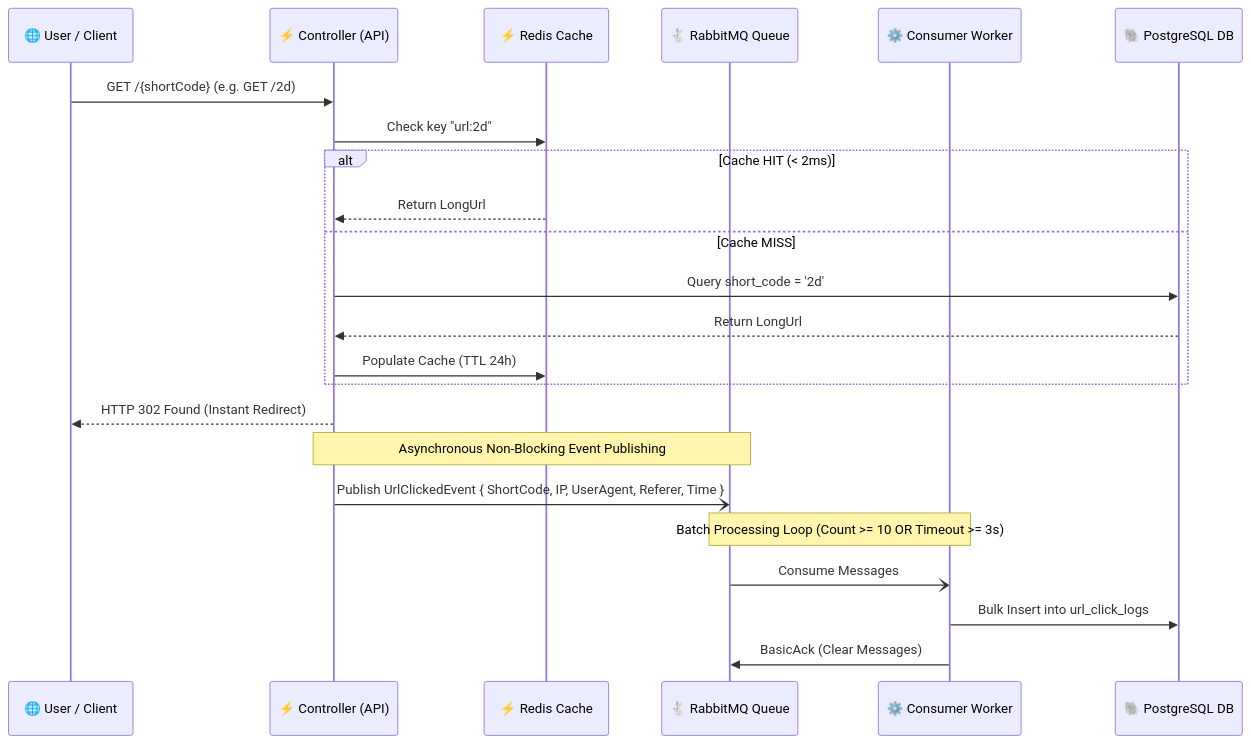
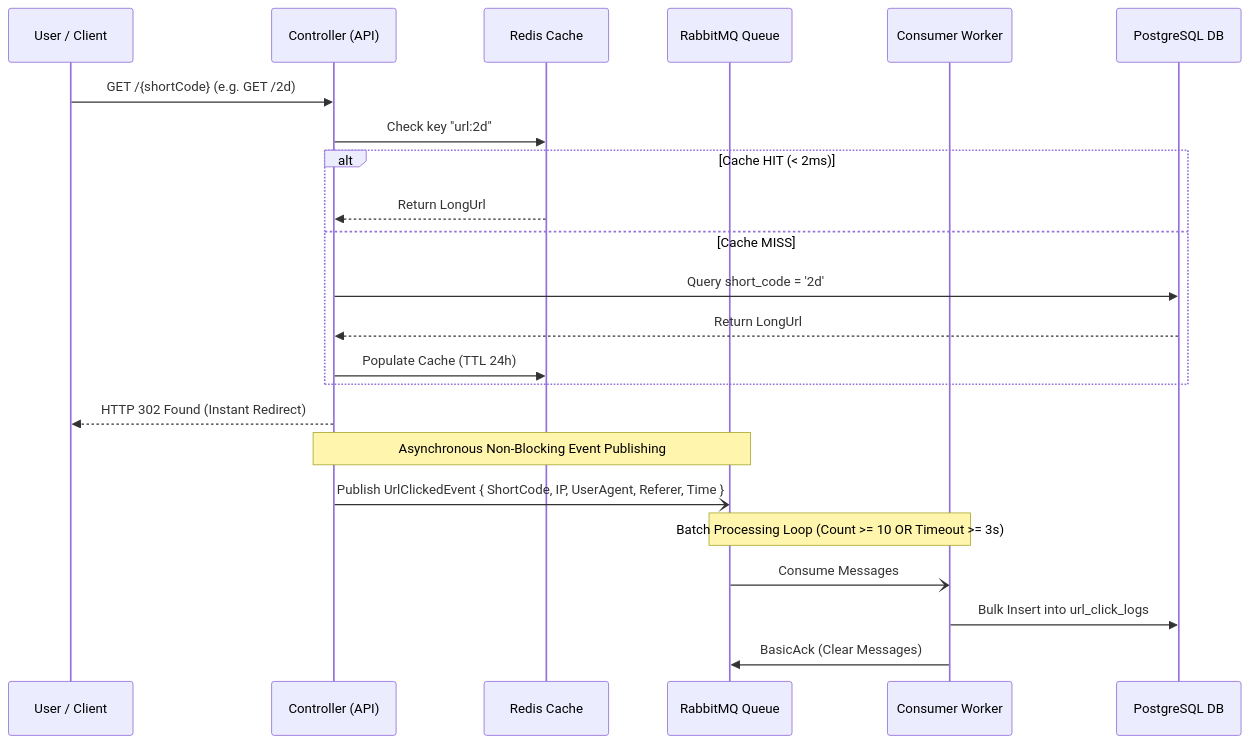
The second of 2 diagrams in README.md (melihesensio99/Analytics-Driven-URL-Shortener), drawn with Mermaid before and after one commit. The commit also changed other lines of this file, not shown here.

Commit message:
fix: mermaid diagram syntax quotes for GitHub rich display rendering

````diff
--- a/README.md
+++ b/README.md
@@ -40,28 +40,28 @@
 ```mermaid
 sequenceDiagram
-    participant User as 🌐 User / Client
-    participant Controller as ⚡ Controller (API)
-    participant Redis as ⚡ Redis Cache
-    participant MQ as 🐇 RabbitMQ Queue
-    participant Worker as ⚙️ Consumer Worker
-    participant DB as 🐘 PostgreSQL DB
+    participant User as User / Client
+    participant Controller as Controller (API)
+    participant Redis as Redis Cache
+    participant MQ as RabbitMQ Queue
+    participant Worker as Consumer Worker
+    participant DB as PostgreSQL DB
 
     User->>Controller: GET /{shortCode} (e.g. GET /2d)
     Controller->>Redis: Check key "url:2d"
     alt Cache HIT (< 2ms)
         Redis-->>Controller: Return LongUrl
     else Cache MISS
         Controller->>DB: Query short_code = '2d'
         DB-->>Controller: Return LongUrl
         Controller->>Redis: Populate Cache (TTL 24h)
     end
     Controller-->>User: HTTP 302 Found (Instant Redirect)
 
     Note over Controller,MQ: Asynchronous Non-Blocking Event Publishing
     Controller-)MQ: Publish UrlClickedEvent { ShortCode, IP, UserAgent, Referer, Time }
     
     Note over MQ,Worker: Batch Processing Loop (Count >= 10 OR Timeout >= 3s)
     MQ-)Worker: Consume Messages
     Worker->>DB: Bulk Insert into url_click_logs
     Worker->>MQ: BasicAck (Clear Messages)
 ```
````
